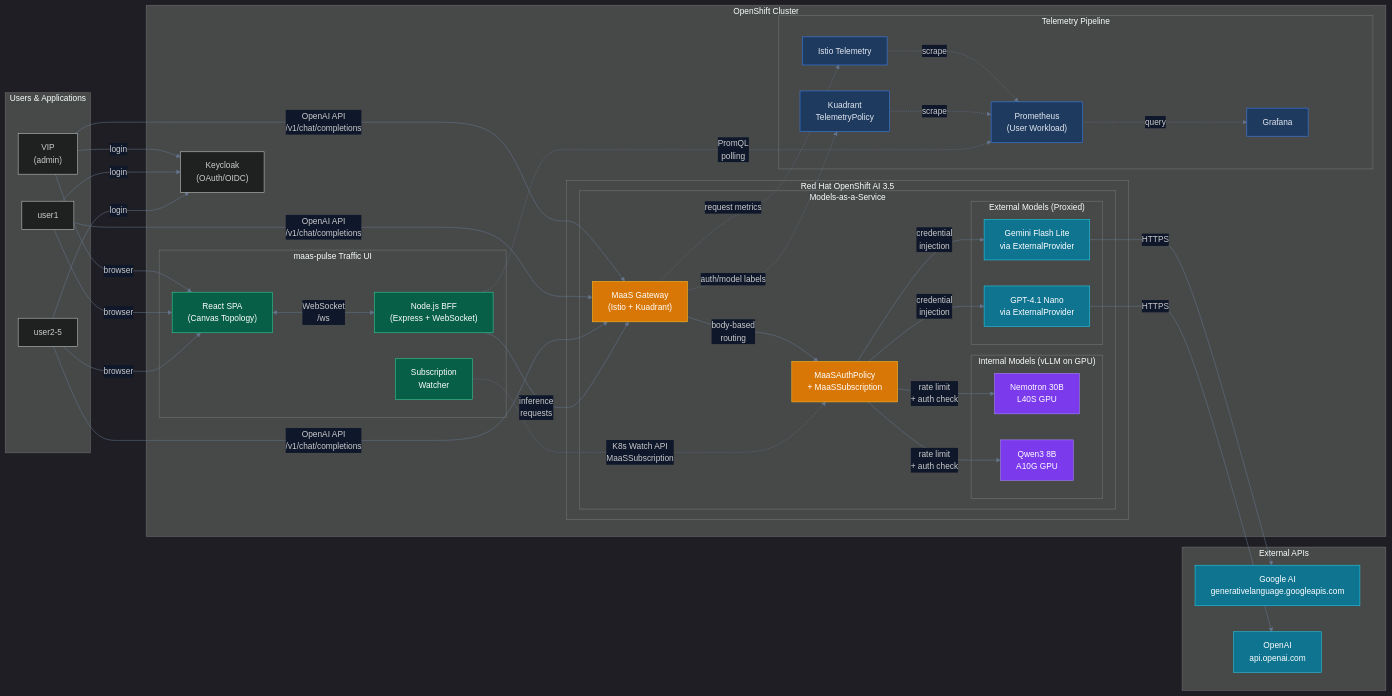
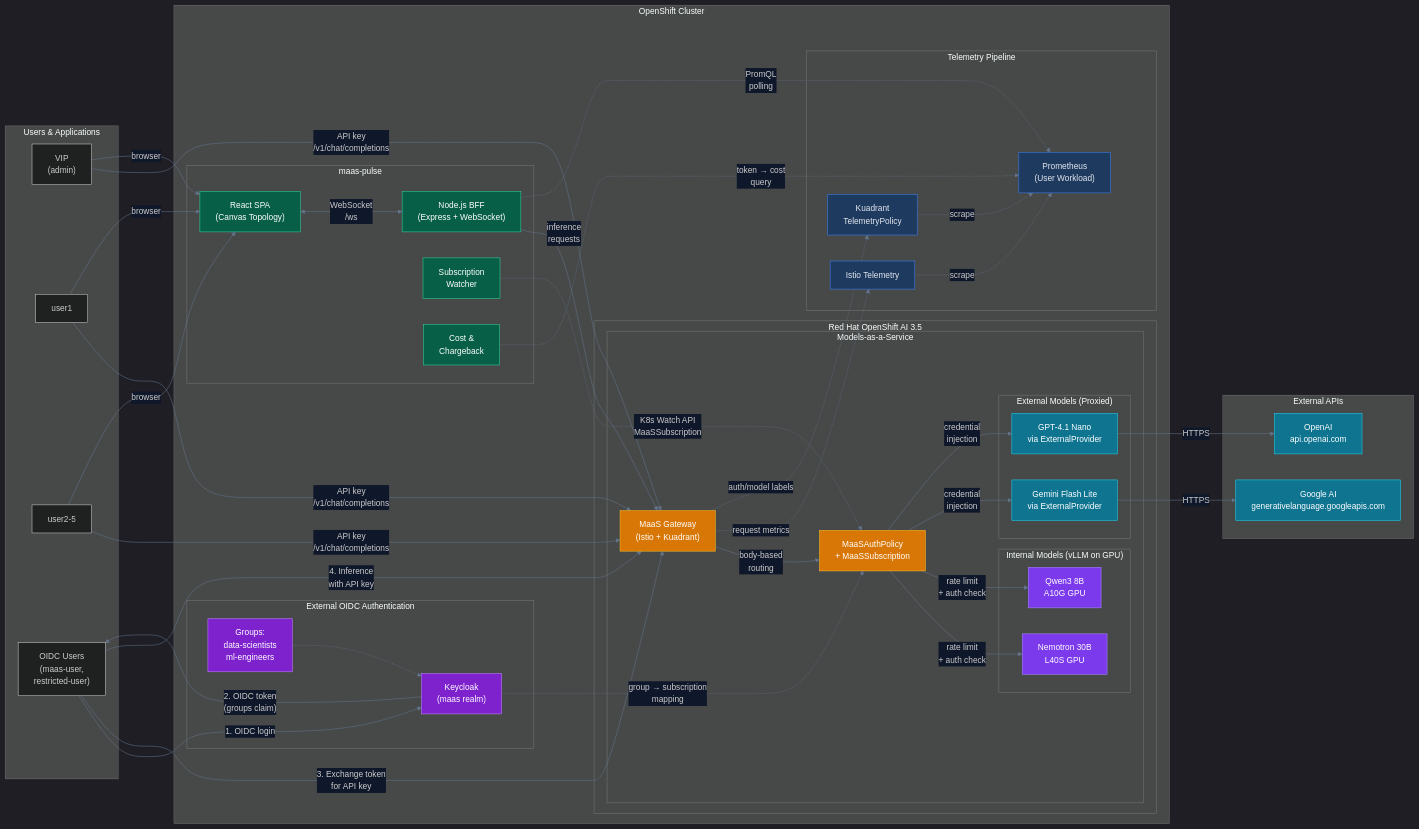
The diagram in docs/images/architecture.mmd (Sheryl-shiyi/maas-pulse), drawn with Mermaid before and after one commit. The commit also changed 9 other files, not shown here.

First line of the commit message:
Add self-contained OIDC authentication with Keycloak integration

```diff
--- a/docs/images/architecture.mmd
+++ b/docs/images/architecture.mmd
@@ -1,76 +1,89 @@
 %%{init: {'theme': 'dark', 'themeVariables': {'primaryColor': '#1e293b', 'primaryTextColor': '#e2e8f0', 'lineColor': '#64748b', 'edgeLabelBackground': '#0f172a'}}}%%
 graph LR
     subgraph Users["Users & Applications"]
         U1["VIP<br/>(admin)"]
         U2["user1"]
         U3["user2-5"]
+        U4["OIDC Users<br/>(maas-user,<br/>restricted-user)"]
     end
 
     subgraph OCP["OpenShift Cluster"]
         subgraph RHOAI["Red Hat OpenShift AI 3.5"]
             subgraph MaaS["Models-as-a-Service"]
                 GW["MaaS Gateway<br/>(Istio + Kuadrant)"]
                 AUTH["MaaSAuthPolicy<br/>+ MaaSSubscription"]
                 subgraph InternalModels["Internal Models (vLLM on GPU)"]
                     M1["Nemotron 30B<br/>L40S GPU"]
                     M2["Qwen3 8B<br/>A10G GPU"]
                 end
                 subgraph ExternalModels["External Models (Proxied)"]
                     M3["Gemini Flash Lite<br/>via ExternalProvider"]
                     M4["GPT-4.1 Nano<br/>via ExternalProvider"]
                 end
             end
         end
 
         subgraph Telemetry["Telemetry Pipeline"]
             ISTIO["Istio Telemetry"]
             KTP["Kuadrant<br/>TelemetryPolicy"]
             PROM["Prometheus<br/>(User Workload)"]
-            GRAF["Grafana"]
         end
 
-        subgraph TrafficUI["maas-pulse Traffic UI"]
+        subgraph TrafficUI["maas-pulse"]
             BFF["Node.js BFF<br/>(Express + WebSocket)"]
             SPA["React SPA<br/>(Canvas Topology)"]
             WATCH["Subscription<br/>Watcher"]
+            COST["Cost &<br/>Chargeback"]
         end
 
-        KC["Keycloak<br/>(OAuth/OIDC)"]
+        subgraph OIDC["External OIDC Authentication"]
+            KC["Keycloak<br/>(maas realm)"]
+            REALM["Groups:<br/>data-scientists<br/>ml-engineers"]
+        end
     end
 
     subgraph ExtAPIs["External APIs"]
         GOOGLE["Google AI<br/>generativelanguage.googleapis.com"]
         OPENAI["OpenAI<br/>api.openai.com"]
     end
 
-    U1 & U2 & U3 -->|"OpenAI API<br/>/v1/chat/completions"| GW
+    U1 & U2 & U3 -->|"API key<br/>/v1/chat/completions"| GW
+    U4 -->|"1. OIDC login"| KC
+    KC -->|"2. OIDC token<br/>(groups claim)"| U4
+    U4 -->|"3. Exchange token<br/>for API key"| GW
+    U4 -->|"4. Inference<br/>with API key"| GW
+
     GW -->|"body-based<br/>routing"| AUTH
     AUTH -->|"rate limit<br/>+ auth check"| M1 & M2
     AUTH -->|"credential<br/>injection"| M3 & M4
     M3 -->|"HTTPS"| GOOGLE
     M4 -->|"HTTPS"| OPENAI
 
+    KC -.->|"group → subscription<br/>mapping"| AUTH
+    REALM -.-> KC
+
     GW -.->|"request metrics"| ISTIO
     GW -.->|"auth/model labels"| KTP
     ISTIO & KTP -.->|"scrape"| PROM
-    PROM -.->|"query"| GRAF
 
     BFF -->|"inference<br/>requests"| GW
     BFF -.->|"PromQL<br/>polling"| PROM
+    COST -.->|"token → cost<br/>query"| PROM
     WATCH -.->|"K8s Watch API<br/>MaaSSubscription"| AUTH
     SPA <-->|"WebSocket<br/>/ws"| BFF
 
     U1 & U2 & U3 -->|"browser"| SPA
-    U1 & U2 & U3 -->|"login"| KC
 
     classDef gpu fill:#7c3aed,stroke:#a78bfa,color:#fff
     classDef external fill:#0e7490,stroke:#22d3ee,color:#fff
     classDef gateway fill:#d97706,stroke:#fbbf24,color:#fff
     classDef telemetry fill:#1e3a5f,stroke:#3b82f6,color:#e2e8f0
     classDef ui fill:#065f46,stroke:#34d399,color:#fff
+    classDef oidc fill:#7e22ce,stroke:#c084fc,color:#fff
 
     class M1,M2 gpu
     class M3,M4,GOOGLE,OPENAI external
     class GW,AUTH gateway
-    class ISTIO,KTP,PROM,GRAF telemetry
-    class BFF,SPA,WATCH ui
+    class ISTIO,KTP,PROM telemetry
+    class BFF,SPA,WATCH,COST ui
+    class KC,REALM oidc
```
